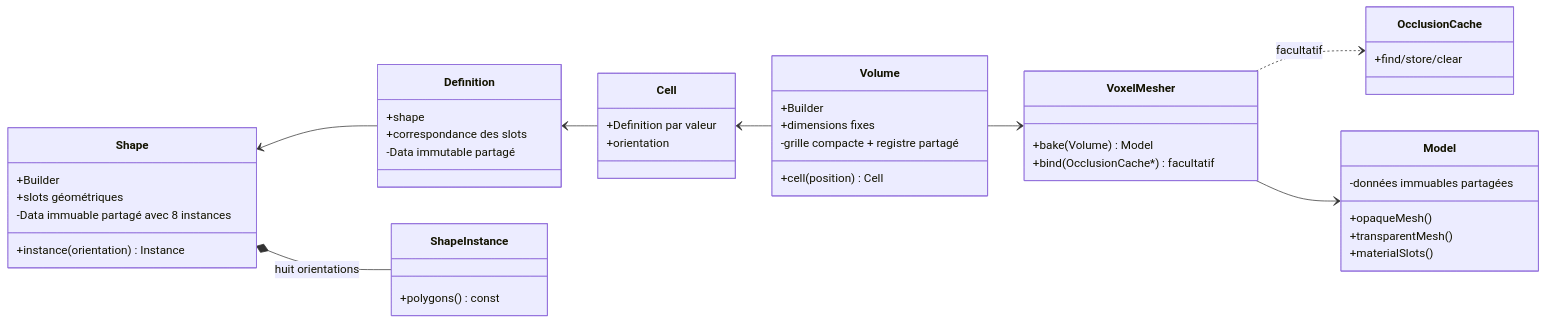
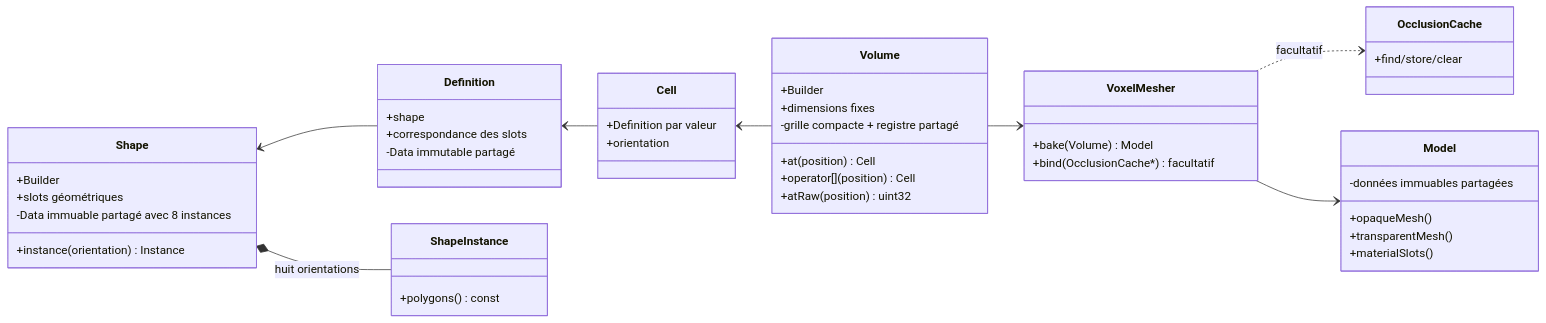
Before and after one commit to EreliaStudio/Sparkle: the diagram in docs/voxel-engine-v0.1.4/02-modele-voxel.md, drawn with Mermaid. The commit also changed other lines of this file and 6 other files, not shown here.

Commit message:
refactor(voxel): expose checked Volume at, operator[] and atRaw accessors

````diff
--- a/docs/voxel-engine-v0.1.4/02-modele-voxel.md
+++ b/docs/voxel-engine-v0.1.4/02-modele-voxel.md
@@ -7,48 +7,50 @@
 ```mermaid
 classDiagram
   direction LR
   class Shape {
     +Builder
     +slots géométriques
     +instance(orientation) Instance
     -Data immuable partagé avec 8 instances
   }
   class Definition {
     +shape
     +correspondance des slots
     -Data immutable partagé
   }
   class Cell {
     +Definition par valeur
     +orientation
   }
   class Volume {
     +Builder
     +dimensions fixes
-    +cell(position) Cell
+    +at(position) Cell
+    +operator[](position) Cell
+    +atRaw(position) uint32
     -grille compacte + registre partagé
   }
   class Model {
     +opaqueMesh()
     +transparentMesh()
     +materialSlots()
     -données immuables partagées
   }
   class ShapeInstance {
     +polygons() const
   }
   class OcclusionCache {
     +find/store/clear
   }
   class VoxelMesher {
     +bake(Volume) Model
     +bind(OcclusionCache*) facultatif
   }
   Shape <-- Definition
   Definition <-- Cell
   Cell <-- Volume
   Shape *-- ShapeInstance : huit orientations
   VoxelMesher ..> OcclusionCache : facultatif
   Volume --> VoxelMesher
   VoxelMesher --> Model
 ```
````
